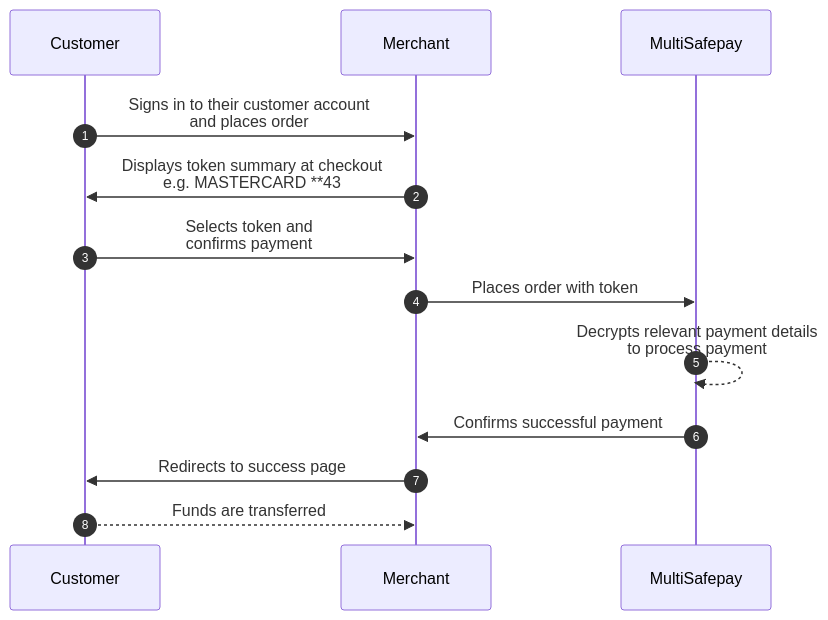
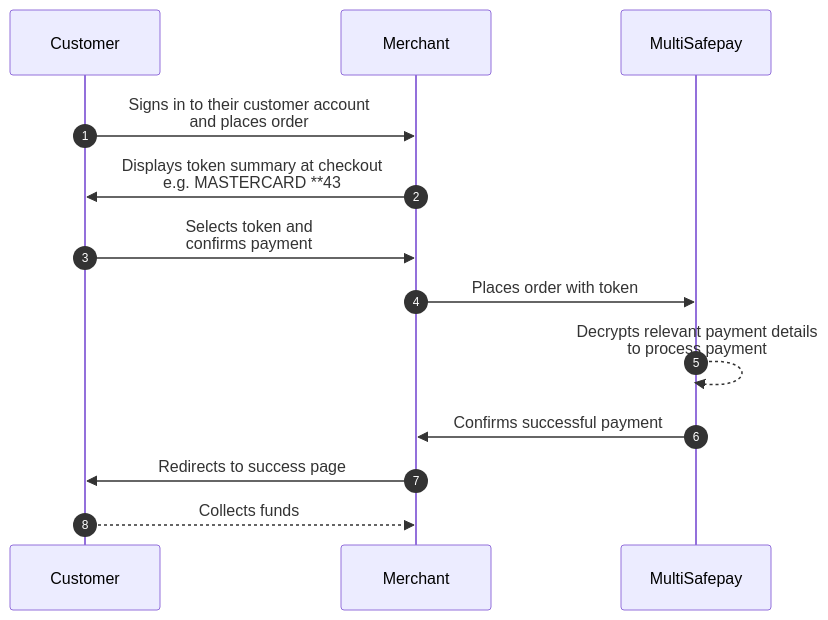
The second of 3 diagrams in content/payments/features/recurring-payments/_index.md (MultiSafepay/docs), drawn with Mermaid before and after one commit. The commit also changed other lines of this file, not shown here.

```diff
--- a/content/payments/features/recurring-payments/_index.md
+++ b/content/payments/features/recurring-payments/_index.md
@@ -57,18 +91,19 @@
 {{< mermaid class="text-center" >}}
 
 sequenceDiagram
     autonumber
     participant C as Customer
     participant Me as Merchant
     participant Mu as MultiSafepay
 
     C->>Me: Signs in to their customer account <br> and places order
     Me->>C: Displays token summary at checkout <br> e.g. MASTERCARD **43
     C->>Me: Selects token and <br> confirms payment
     Me->>Mu: Places order with token
     Mu-->>Mu: Decrypts relevant payment details <br> to process payment
     Mu->>Me: Confirms successful payment
     Me->>C: Redirects to success page
-    C-->>Me: Funds are transferred
+    C-->>Me: Collects funds 
+
 
 {{< /mermaid >}}
```
